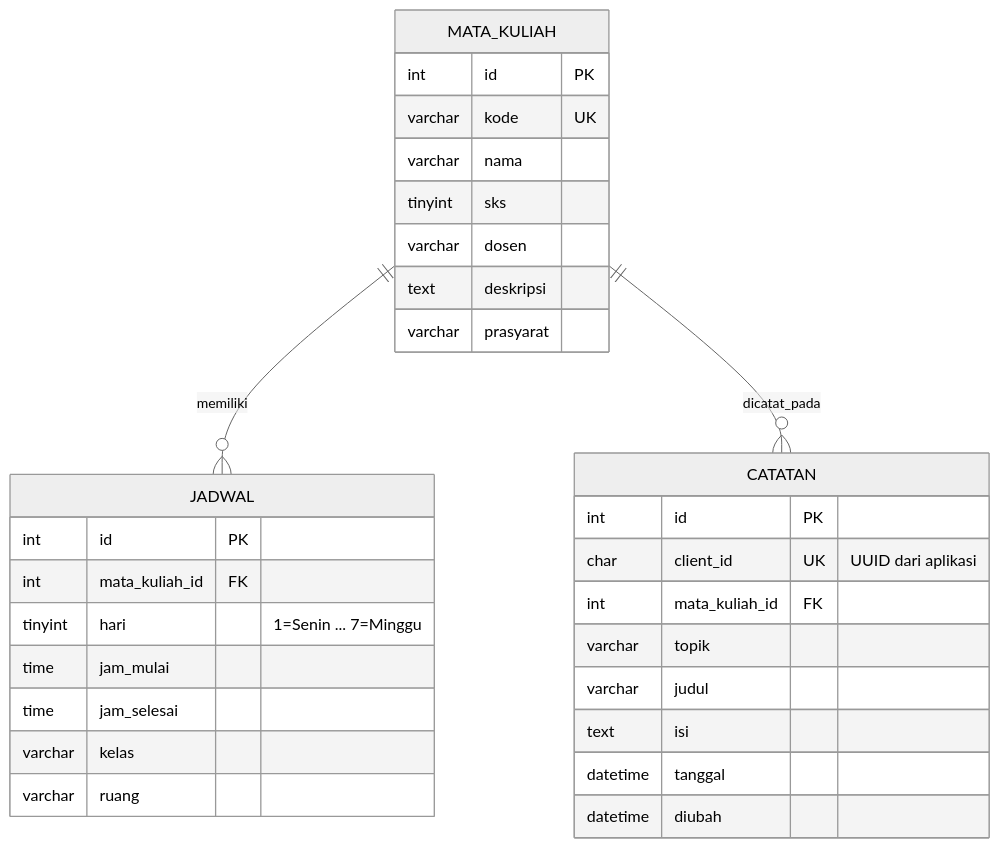
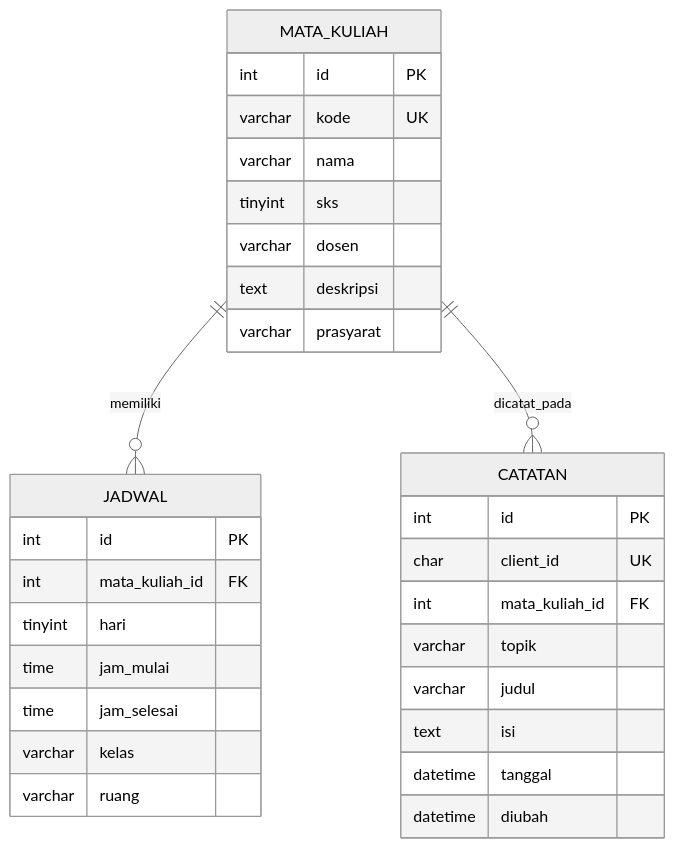
One commit to 2411009-yuda/studylog-v2 changed the second of 2 diagrams in README.md. Above: the diagram before and after it, drawn with Mermaid (neutral theme). The commit also changed other lines of this file, not shown here.

````diff
--- a/README.md
+++ b/README.md
@@ -194,33 +461,36 @@
 ```mermaid
 erDiagram
-  MATA_KULIAH ||--o{ JADWAL : memiliki
-  MATA_KULIAH ||--o{ CATATAN : dicatat_pada
-  MATA_KULIAH {
-    int id PK
-    varchar kode UK
-    varchar nama
-    tinyint sks
-    varchar dosen
-    text deskripsi
-    varchar prasyarat
-  }
-  JADWAL {
-    int id PK
-    int mata_kuliah_id FK
-    tinyint hari "1=Senin ... 7=Minggu"
-    time jam_mulai
-    time jam_selesai
-    varchar kelas
-    varchar ruang
-  }
-  CATATAN {
-    int id PK
-    char client_id UK "UUID dari aplikasi"
-    int mata_kuliah_id FK
-    varchar topik
-    varchar judul
-    text isi
-    datetime tanggal
-    datetime diubah
-  }
+    MATA_KULIAH ||--o{ JADWAL : memiliki
+    MATA_KULIAH ||--o{ CATATAN : dicatat_pada
+
+    MATA_KULIAH {
+        int id PK
+        varchar kode UK
+        varchar nama
+        tinyint sks
+        varchar dosen
+        text deskripsi
+        varchar prasyarat
+    }
+
+    JADWAL {
+        int id PK
+        int mata_kuliah_id FK
+        tinyint hari
+        time jam_mulai
+        time jam_selesai
+        varchar kelas
+        varchar ruang
+    }
+
+    CATATAN {
+        int id PK
+        char client_id UK
+        int mata_kuliah_id FK
+        varchar topik
+        varchar judul
+        text isi
+        datetime tanggal
+        datetime diubah
+    }
 ```
````
